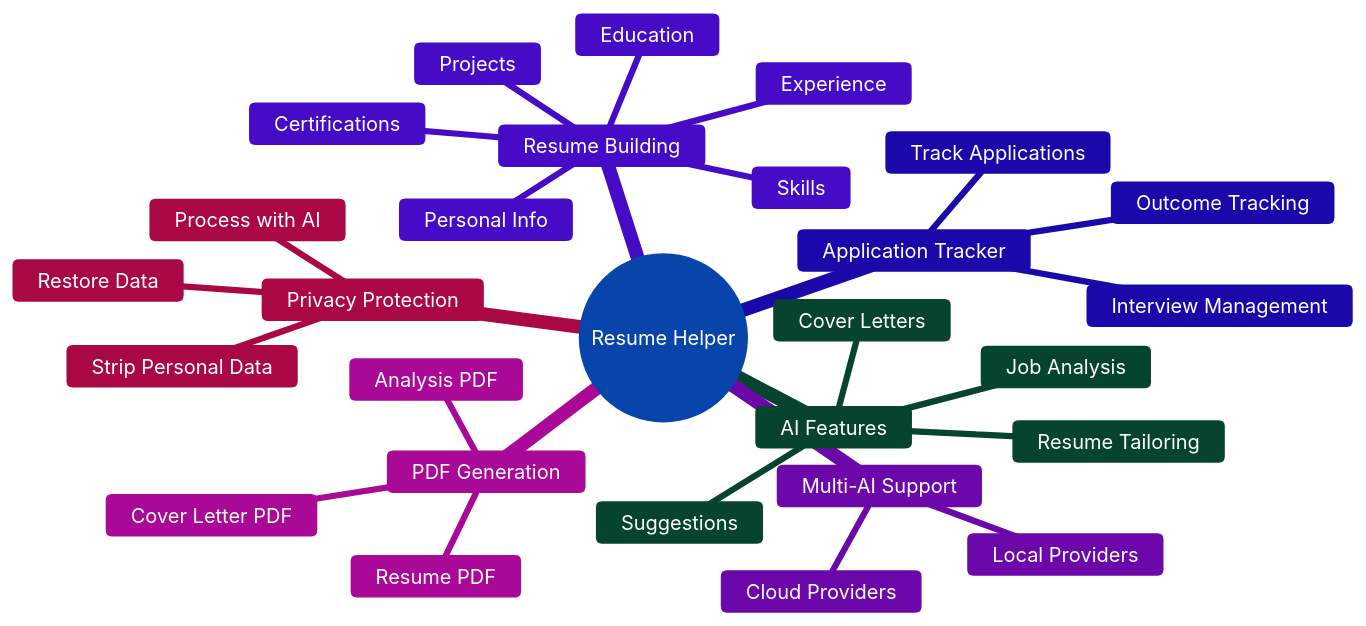
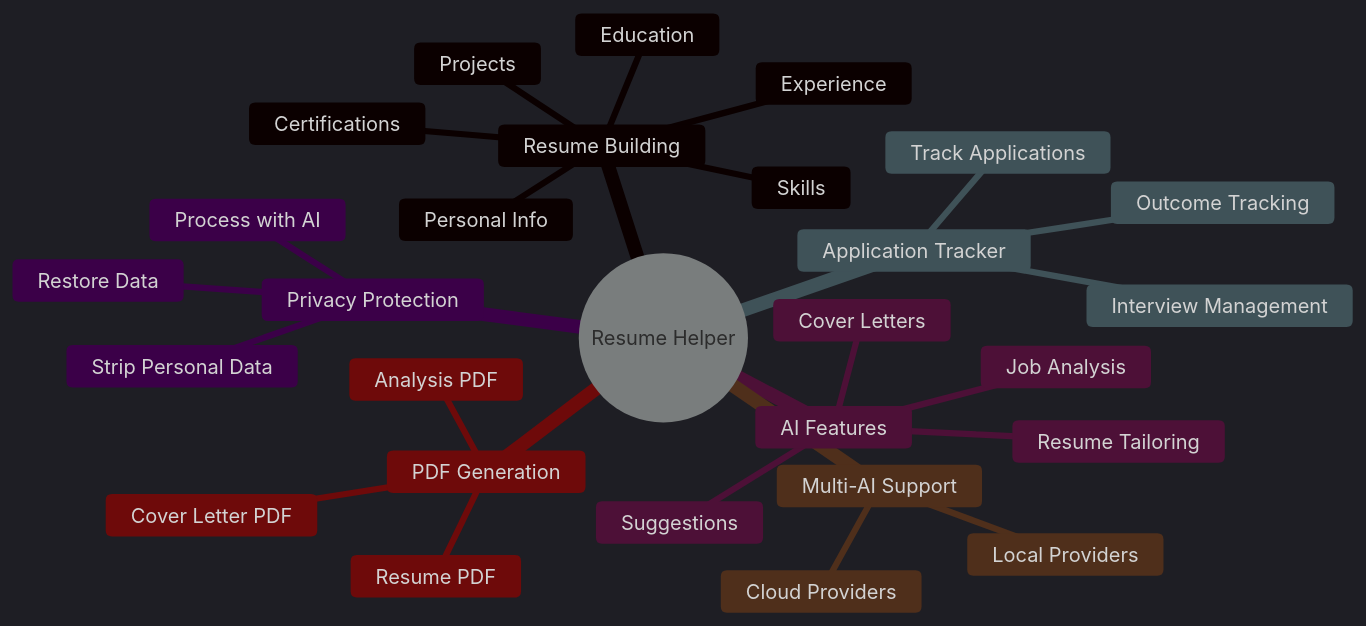
The first of 2 diagrams in README.md (gibbenergy/Resume_Helper), drawn with Mermaid before and after one commit.

Commit message:
Fix mindmap: use dark theme for white text

````diff
--- a/README.md
+++ b/README.md
@@ -30,32 +30,32 @@
 ```mermaid
-%%{init: {'theme': 'base', 'themeVariables': { 'primaryColor': '#3b82f6', 'primaryTextColor': '#ffffff', 'primaryBorderColor': '#3b82f6', 'lineColor': '#94a3b8', 'secondaryColor': '#8b5cf6', 'tertiaryColor': '#10b981', 'background': '#1e293b', 'mainBkg': '#1e293b', 'nodeBkg': '#3b82f6', 'nodeBorder': '#3b82f6', 'clusterBkg': '#334155', 'clusterBorder': '#475569', 'titleColor': '#ffffff', 'nodeTextColor': '#ffffff'}}}%%
+%%{init: {'theme': 'dark'}}%%
 mindmap
   root((Resume Helper))
     Resume Building
       Personal Info
       Education
       Experience
       Skills
       Projects
       Certifications
     AI Features
       Job Analysis
       Resume Tailoring
       Cover Letters
       Suggestions
     Application Tracker
       Track Applications
       Interview Management
       Outcome Tracking
     Multi-AI Support
       Cloud Providers
       Local Providers
     PDF Generation
       Resume PDF
       Cover Letter PDF
       Analysis PDF
     Privacy Protection
       Strip Personal Data
       Process with AI
       Restore Data
 ```
````
